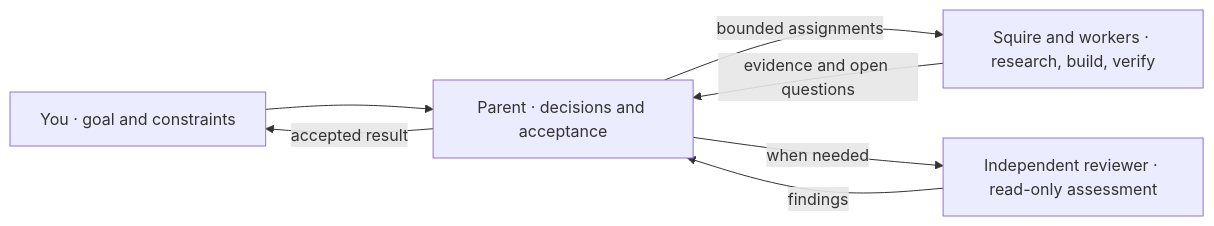
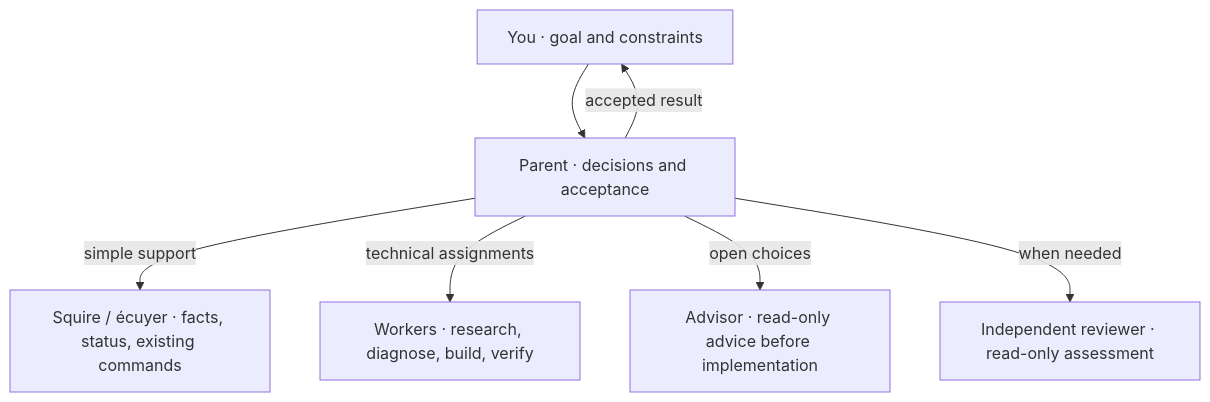
The diagram in README.md (guilhem/codex-orchestrator), drawn with Mermaid before and after one commit. The commit also changed other lines of this file and 4 other files, not shown here.

First line of the commit message:
Clarify squire support and advisor responsibilities (#22)

````diff
--- a/README.md
+++ b/README.md
@@ -81,9 +81,9 @@
 ```mermaid
-flowchart LR
+flowchart TB
     User["You · goal and constraints"] --> Parent["Parent · decisions and acceptance"]
-    Parent -->|bounded assignments| Squire["Squire and workers · research, build, verify"]
-    Squire -->|evidence and open questions| Parent
+    Parent -->|simple support| Squire["Squire / écuyer · facts, status, existing commands"]
+    Parent -->|technical assignments| Workers["Workers · research, diagnose, build, verify"]
+    Parent -->|open choices| Advisor["Advisor · read-only advice before implementation"]
     Parent -->|when needed| Reviewer["Independent reviewer · read-only assessment"]
-    Reviewer -->|findings| Parent
     Parent -->|accepted result| User
 ```
````
